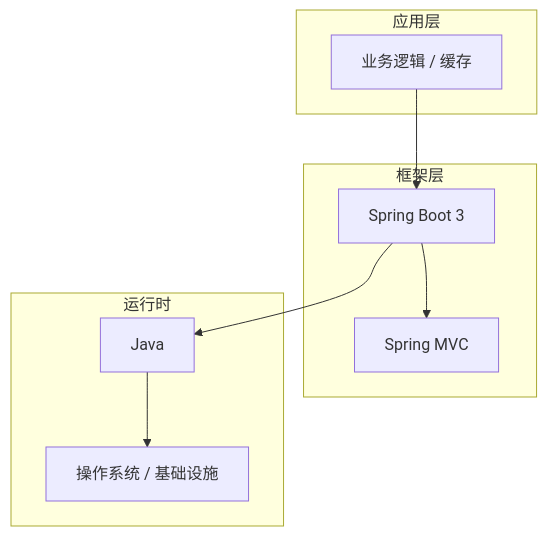
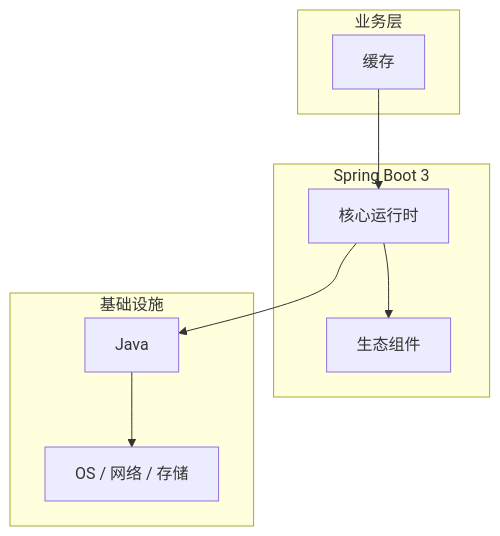
One commit to yanggan2015/knowledge-json-v2 changed the diagram in articles/Spring Boot/chapters/044-缓存核心概念与原理.md. Above: the diagram before and after it, drawn with Mermaid. The commit also changed other lines of this file and 10127 other files, not shown here.

````diff
--- a/articles/Spring Boot/chapters/044-缓存核心概念与原理.md
+++ b/articles/Spring Boot/chapters/044-缓存核心概念与原理.md
@@ -45,18 +34,18 @@
 ```mermaid
 graph TB
-    subgraph 应用层
-        A[业务逻辑 / 缓存]
+    subgraph 业务层
+        A[缓存]
     end
-    subgraph 框架层
-        B[Spring Boot 3]
-        C[Spring MVC]
+    subgraph Spring Boot 3
+        B[核心运行时]
+        C[生态组件]
     end
-    subgraph 运行时
+    subgraph 基础设施
         D[Java]
-        E[操作系统 / 基础设施]
+        E[OS / 网络 / 存储]
     end
     A --> B
     B --> C
     B --> D
     D --> E
 ```
````
